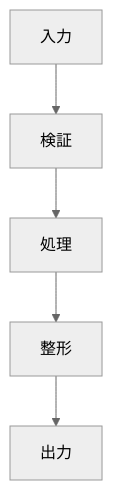
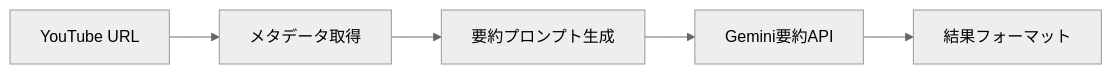
The third of 4 diagrams in memory-bank/systemPatterns.md (yutawtr1214/youtube-samalizer), drawn with Mermaid (neutral theme) before and after one commit. The commit also changed other lines of this file and 11 other files, not shown here.

````diff
--- a/memory-bank/systemPatterns.md
+++ b/memory-bank/systemPatterns.md
@@ -33,7 +96,7 @@
 ```mermaid
-graph TB
-    Input[入力] --> Validate[検証]
-    Validate --> Process[処理]
-    Process --> Format[整形]
-    Format --> Output[出力]
+graph LR
+    URL[YouTube URL] --> Meta[メタデータ取得]
+    Meta --> Prompt[要約プロンプト生成]
+    Prompt --> GeminiSum[Gemini要約API]
+    GeminiSum --> Format[結果フォーマット]
 ```
````
